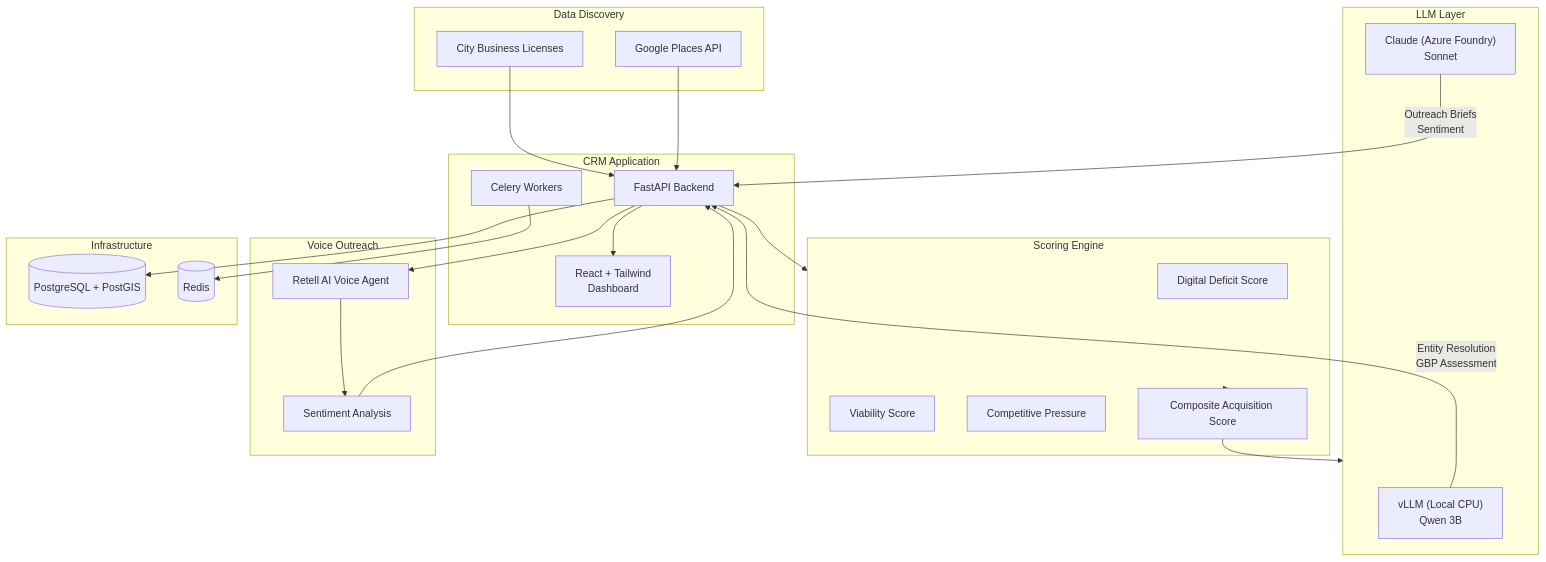
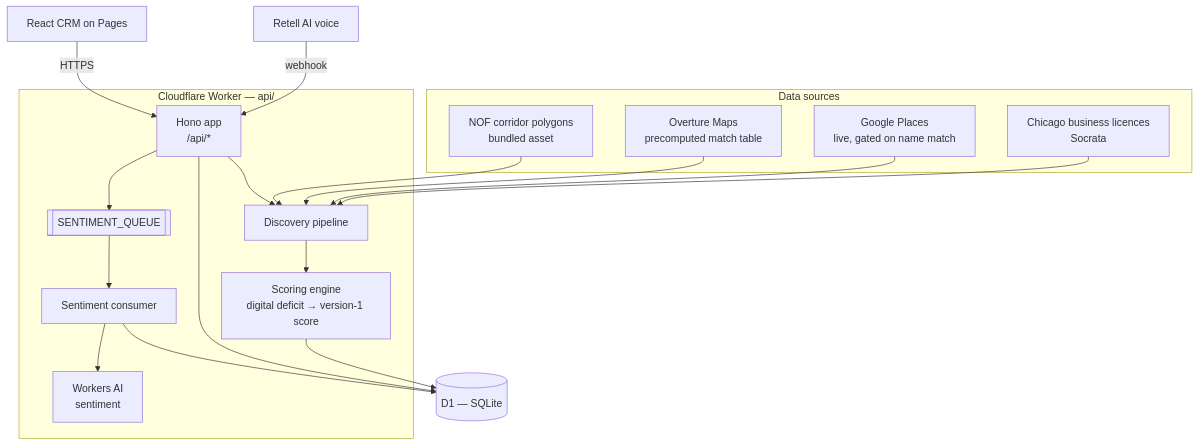
The diagram in README.md (crichalchemist/LeadForge), drawn with Mermaid before and after one commit. The commit also changed other lines of this file and 5 other files, not shown here.

````diff
--- a/README.md
+++ b/README.md
@@ -16,49 +33,37 @@
 ```mermaid
 flowchart TB
-    subgraph Data["Data Discovery"]
-        Socrata[City Business Licenses]
-        Google[Google Places API]
+    subgraph Sources["Data sources"]
+        Socrata["Chicago business licences<br/>Socrata"]
+        Google["Google Places<br/>live, gated on name match"]
+        Overture["Overture Maps<br/>precomputed match table"]
+        Corridors["NOF corridor polygons<br/>bundled asset"]
     end
 
-    subgraph Scoring["Scoring Engine"]
-        Digital[Digital Deficit Score]
-        Viability[Viability Score]
-        Competitive[Competitive Pressure]
-        Composite[Composite Acquisition Score]
+    subgraph Worker["Cloudflare Worker — api/"]
+        Hono["Hono app<br/>/api/*"]
+        Discovery[Discovery pipeline]
+        Scoring["Scoring engine<br/>digital deficit → version-1 score"]
+        Queue[["SENTIMENT_QUEUE"]]
+        Consumer[Sentiment consumer]
+        WAI["Workers AI<br/>sentiment"]
     end
 
-    subgraph LLM["LLM Layer"]
-        vLLM["vLLM (Local CPU)\nQwen 3B"]
-        Claude["Claude (Azure Foundry)\nSonnet"]
-    end
+    D1[("D1 — SQLite")]
+    Pages[React CRM on Pages]
+    Retell[Retell AI voice]
 
-    subgraph Outreach["Voice Outreach"]
-        Retell[Retell AI Voice Agent]
-        Sentiment[Sentiment Analysis]
-    end
-
-    subgraph App["CRM Application"]
-        API[FastAPI Backend]
-        Frontend["React + Tailwind\nDashboard"]
-        Celery[Celery Workers]
-    end
-
-    subgraph Infra["Infrastructure"]
-        PG[(PostgreSQL + PostGIS)]
-        Redis[(Redis)]
-    end
-
-    Socrata --> API
-    Google --> API
-    API --> Scoring
-    Scoring --> Composite
-    Composite --> LLM
-    vLLM --> |Entity Resolution\nGBP Assessment| API
-    Claude --> |Outreach Briefs\nSentiment| API
-    API --> Retell
-    Retell --> Sentiment
-    Sentiment --> API
-    API --> PG
-    Celery --> Redis
-    API --> Frontend
+    Socrata --> Discovery
+    Google --> Discovery
+    Overture --> Discovery
+    Corridors --> Discovery
+    Discovery --> Scoring
+    Scoring --> D1
+    Hono --> Discovery
+    Hono --> D1
+    Retell -->|webhook| Hono
+    Hono --> Queue
+    Queue --> Consumer
+    Consumer --> WAI
+    Consumer --> D1
+    Pages -->|HTTPS| Hono
 ```
````
